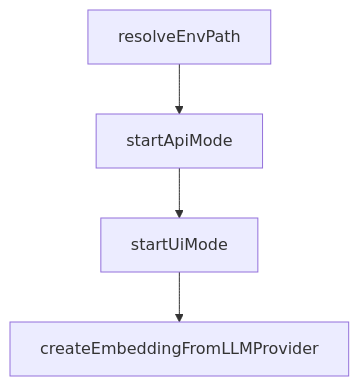
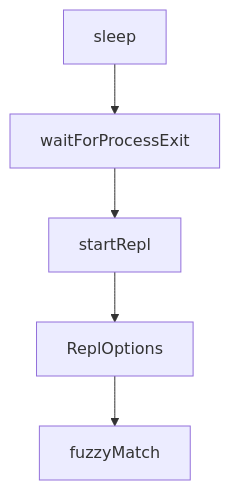
The diagram in tutorials/cipher-tutorial/01-getting-started.md (johnxie/awesome-code-docs), drawn with Mermaid before and after one commit. The commit also changed other lines of this file and 1232 other files, not shown here.

````diff
--- a/tutorials/cipher-tutorial/01-getting-started.md
+++ b/tutorials/cipher-tutorial/01-getting-started.md
@@ -215,10 +190,12 @@
 ```mermaid
 flowchart TD
-    A[resolveEnvPath]
-    B[startApiMode]
-    C[startUiMode]
-    D[createEmbeddingFromLLMProvider]
+    A[sleep]
+    B[waitForProcessExit]
+    C[startRepl]
+    D[ReplOptions]
+    E[fuzzyMatch]
     A --> B
     B --> C
     C --> D
+    D --> E
 ```
````
